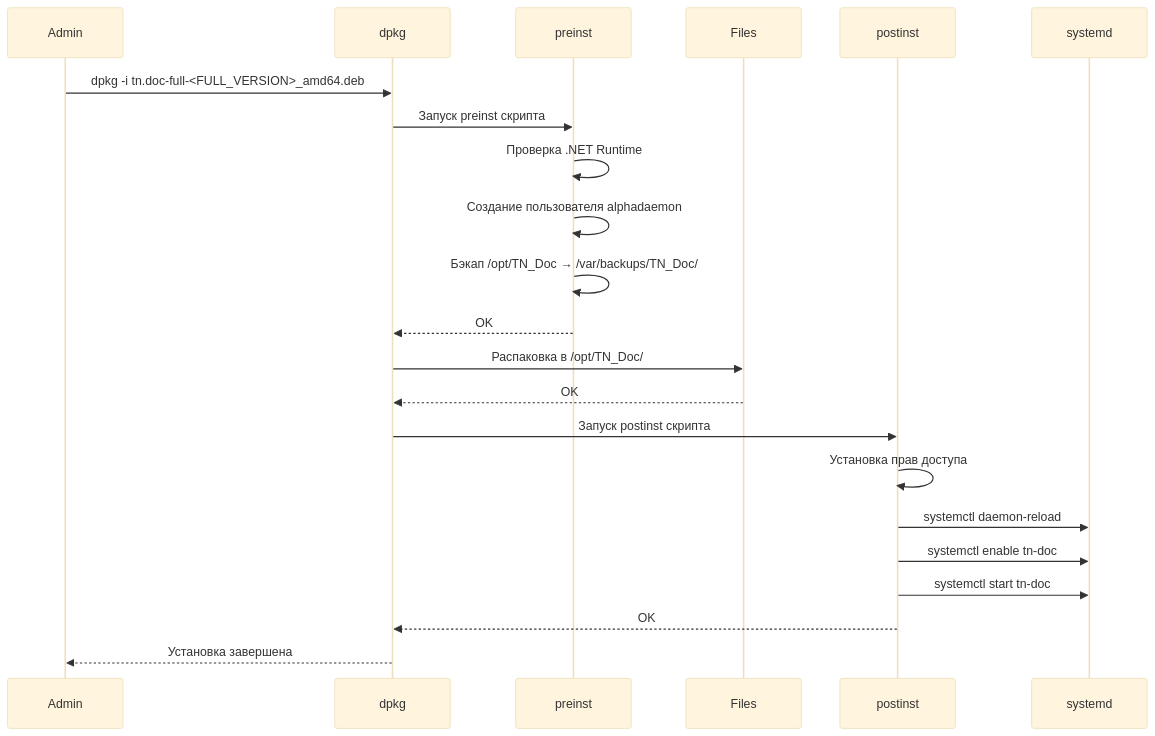
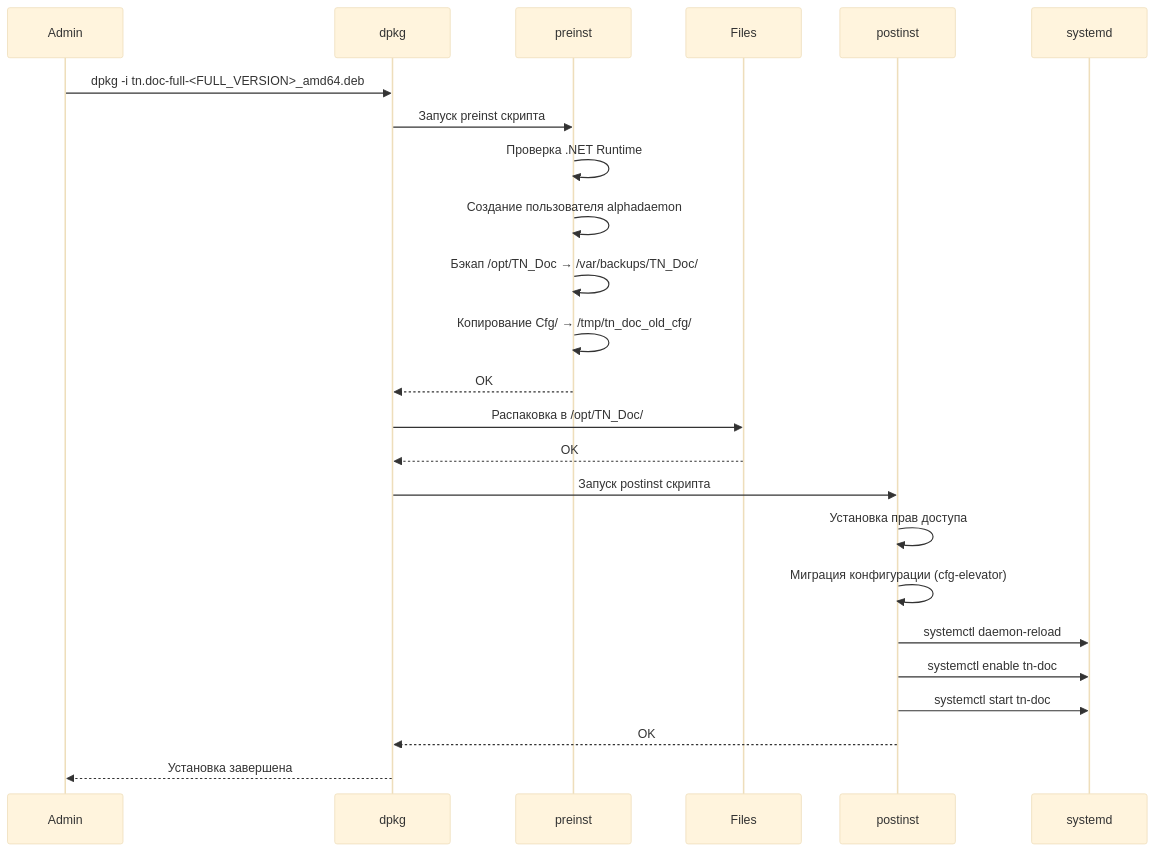
One commit to tn-ivk/tn-doc changed the second of 2 diagrams in docs/deployment/linux.md. Above: the diagram before and after it, drawn with Mermaid (base theme). The commit also changed other lines of this file and 4 other files, not shown here.

First line of the commit message:
docs: актуализирована документация с учётом интеграции cfg-elevator

````diff
--- a/docs/deployment/linux.md
+++ b/docs/deployment/linux.md
@@ -84,28 +86,30 @@
 ```mermaid
 sequenceDiagram
     participant Admin
     participant dpkg
     participant preinst
     participant Files
     participant postinst
     participant systemd
 
     Admin->>dpkg: dpkg -i tn.doc-full-<FULL_VERSION>_amd64.deb
     dpkg->>preinst: Запуск preinst скрипта
     preinst->>preinst: Проверка .NET Runtime
     preinst->>preinst: Создание пользователя alphadaemon
     preinst->>preinst: Бэкап /opt/TN_Doc → /var/backups/TN_Doc/
+    preinst->>preinst: Копирование Cfg/ → /tmp/tn_doc_old_cfg/
     preinst-->>dpkg: OK
 
     dpkg->>Files: Распаковка в /opt/TN_Doc/
     Files-->>dpkg: OK
 
     dpkg->>postinst: Запуск postinst скрипта
     postinst->>postinst: Установка прав доступа
+    postinst->>postinst: Миграция конфигурации (cfg-elevator)
     postinst->>systemd: systemctl daemon-reload
     postinst->>systemd: systemctl enable tn-doc
     postinst->>systemd: systemctl start tn-doc
     postinst-->>dpkg: OK
 
     dpkg-->>Admin: Установка завершена
 ```
````
